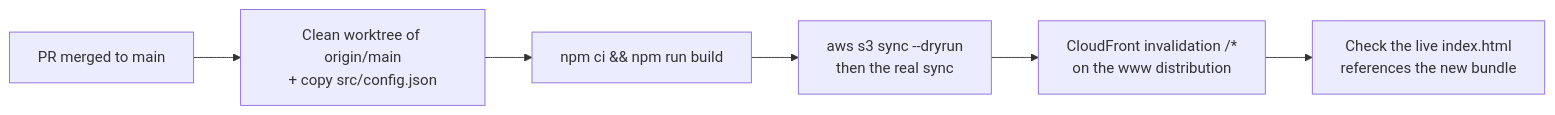
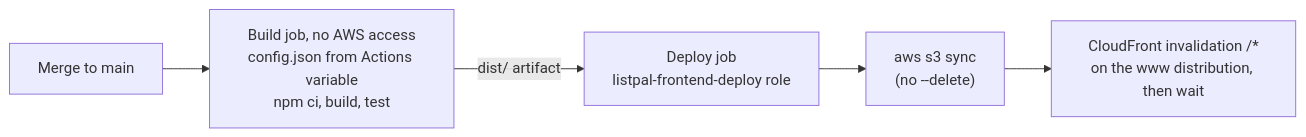
Diagram 12 of 12 in ARCHITECTURE.md (TomBenjaminMorris/listpal-frontend), drawn with Mermaid before and after one commit. The commit also changed other lines of this file and 6 other files, not shown here.

First line of the commit message:
Build PRs and deploy main with GitHub Actions

````diff
--- a/ARCHITECTURE.md
+++ b/ARCHITECTURE.md
@@ -540,8 +545,7 @@
 ```mermaid
 flowchart LR
-    A["PR merged to main"] --> B["Clean worktree of origin/main<br/>+ copy src/config.json"]
-    B --> C["npm ci && npm run build"]
-    C --> D["aws s3 sync --dryrun<br/>then the real sync"]
-    D --> E["CloudFront invalidation /*<br/>on the www distribution"]
-    E --> F["Check the live index.html<br/>references the new bundle"]
+    A["Merge to main"] --> B["Build job, no AWS access<br/>config.json from Actions variable<br/>npm ci, build, test"]
+    B -->|"dist/ artifact"| C["Deploy job<br/>listpal-frontend-deploy role"]
+    C --> D["aws s3 sync<br/>(no --delete)"]
+    D --> E["CloudFront invalidation /*<br/>on the www distribution, then wait"]
 ```
````
